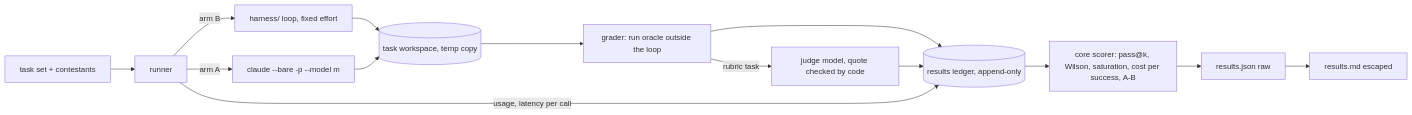
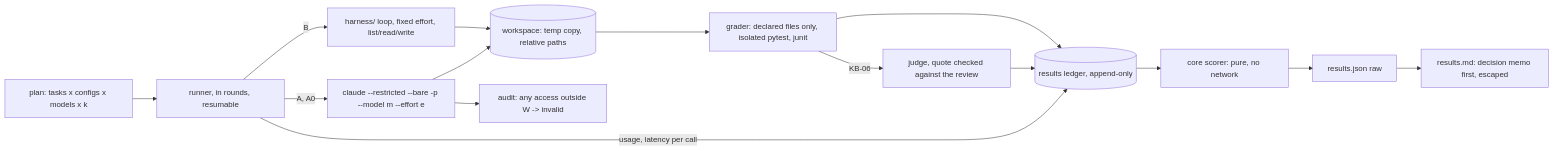
One commit to albertgilopez/applied-ai-challenge changed the diagram in stories/STORY-004.md. Above: the diagram before and after it, drawn with Mermaid. The commit also changed other lines of this file and 3 other files, not shown here.

````diff
--- a/stories/STORY-004.md
+++ b/stories/STORY-004.md
@@ -54,13 +62,14 @@
 ```mermaid
 flowchart LR
-  T[task set + contestants] --> R[runner]
-  R -->|arm B| H[harness/ loop, fixed effort] --> W[(task workspace, temp copy)]
-  R -->|arm A| C[claude --bare -p --model m] --> W
-  W --> G[grader: run oracle outside the loop]
-  G -->|rubric task| J[judge model, quote checked by code]
+  P[plan: tasks x configs x models x k] --> R[runner, in rounds, resumable]
+  R -->|B| H[harness/ loop, fixed effort, list/read/write] --> W[(workspace: temp copy, relative paths)]
+  R -->|A, A0| C[claude --restricted --bare -p --model m --effort e] --> W
+  C --> AU[audit: any access outside W -> invalid]
+  W --> G[grader: declared files only, isolated pytest, junit]
+  G -->|KB-06| J[judge, quote checked against the review]
   G --> L[(results ledger, append-only)]
   J --> L
   R -->|usage, latency per call| L
-  L --> S[core scorer: pass@k, Wilson, saturation, cost per success, A-B]
-  S --> RJ[results.json raw] --> RM[results.md escaped]
+  L --> S[core scorer: pure, no network]
+  S --> RJ[results.json raw] --> RM[results.md: decision memo first, escaped]
 ```
````
